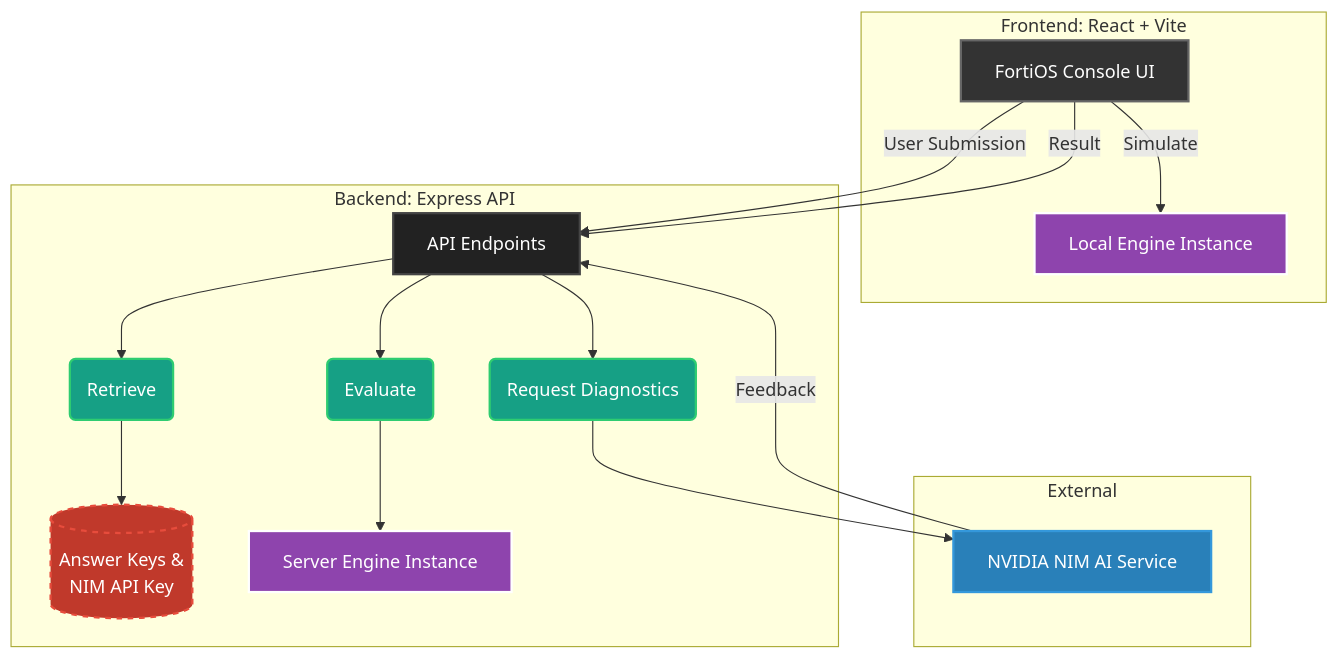
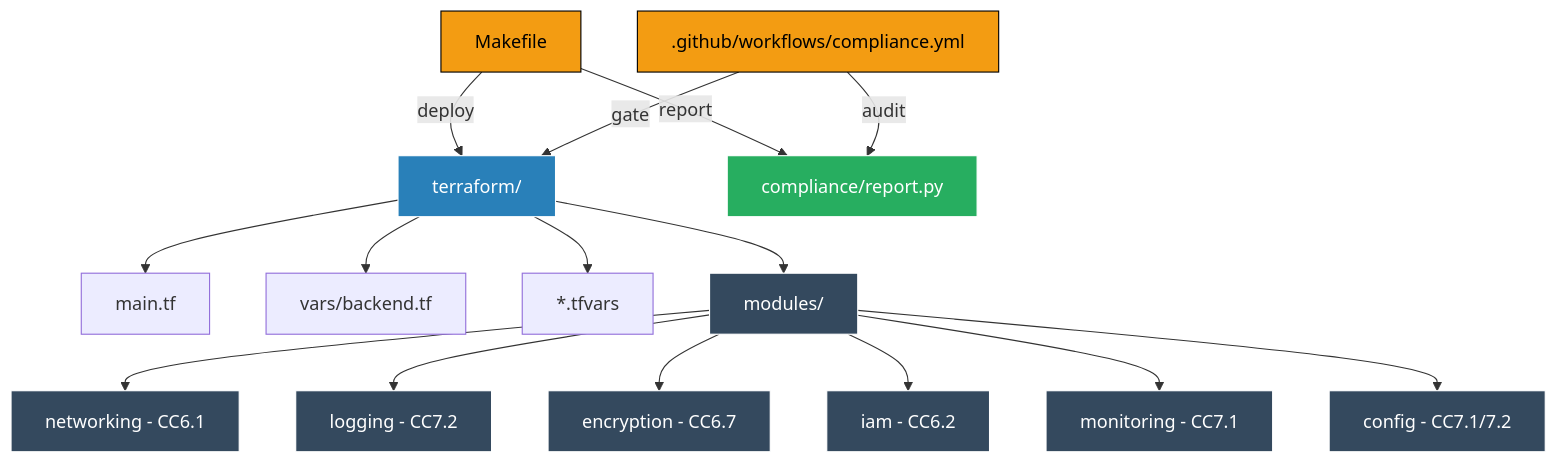
Before and after one commit to KADHIRAVANEG/FLAMES: the diagram in README.md, drawn with Mermaid. The commit also changed other lines of this file, not shown here.

````diff
--- a/README.md
+++ b/README.md
@@ -105,43 +124,36 @@
 ```mermaid
-flowchart TB
+flowchart TD
     %% Styling Definitions
-    classDef frontend fill:#333,stroke:#666,stroke-width:2px,color:#fff;
-    classDef backend fill:#222,stroke:#444,stroke-width:2px,color:#fff;
-    classDef engine fill:#8e44ad,stroke:#fff,stroke-width:2px,color:#fff;
-    classDef keys fill:#c0392b,stroke:#e74c3c,stroke-width:2px,color:#fff,stroke-dasharray: 5 5;
-    classDef external fill:#2980b9,stroke:#3498db,stroke-width:2px,color:#fff;
-    classDef process fill:#16a085,stroke:#2ecc71,stroke-width:2px,color:#fff;
+    classDef infra fill:#2980b9,stroke:#fff,color:#fff;
+    classDef module fill:#34495e,stroke:#fff,color:#fff;
+    classDef glue fill:#f39c12,stroke:#000,color:#000;
+    classDef comp fill:#27ae60,stroke:#fff,color:#fff;
 
-    subgraph FE [Frontend: React + Vite]
-        UI[FortiOS Console UI]:::frontend
-        LocEng[Local Engine Instance]:::engine
-    end
+    %% Orchestration Layer
+    MK[Makefile]:::glue
+    CI[.github/workflows/compliance.yml]:::glue
 
-    subgraph BE [Backend: Express API]
-        API[API Endpoints]:::backend
-        Eval(Evaluate):::process
-        Ret(Retrieve):::process
-        Diag(Request Diagnostics):::process
-        Key[(Answer Keys &<br/>NIM API Key)]:::keys
-        ServEng[Server Engine Instance]:::engine
-    end
+    %% Terraform Root
+    TF_Root[terraform/]:::infra
+    TF_Root --> Main[main.tf]
+    TF_Root --> Vars[vars/backend.tf]
+    TF_Root --> TFVars[*.tfvars]
 
-    subgraph EXT [External]
-        NIM[NVIDIA NIM AI Service]:::external
-    end
+    %% Module Layer
+    TF_Root --> Mod[modules/]:::module
+    Mod --> N[networking - CC6.1]:::module
+    Mod --> L[logging - CC7.2]:::module
+    Mod --> E[encryption - CC6.7]:::module
+    Mod --> I[iam - CC6.2]:::module
+    Mod --> M[monitoring - CC7.1]:::module
+    Mod --> C[config - CC7.1/7.2]:::module
 
-    %% Flow Connections
-    UI -- User Submission --> API
-    UI -- Simulate --> LocEng
-    UI -- Result --> API
-    
-    API --> Eval
-    API --> Ret
-    API --> Diag
-    
-    Eval --> ServEng
-    Ret --> Key
-    Diag --> NIM
-    NIM -- Feedback --> API
+    %% Compliance Evidence Layer
+    Comp[compliance/report.py]:::comp
 
+    %% Connections
+    MK -->|deploy| TF_Root
+    MK -->|report| Comp
+    CI -->|gate| TF_Root
+    CI -->|audit| Comp
 ```
````
